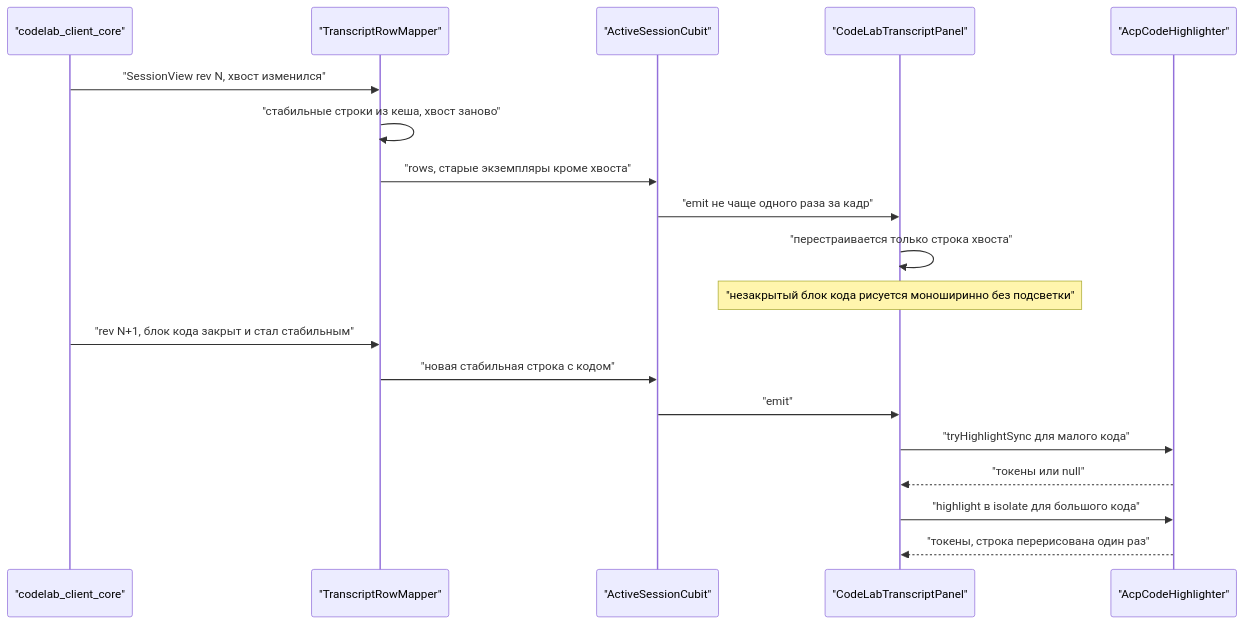
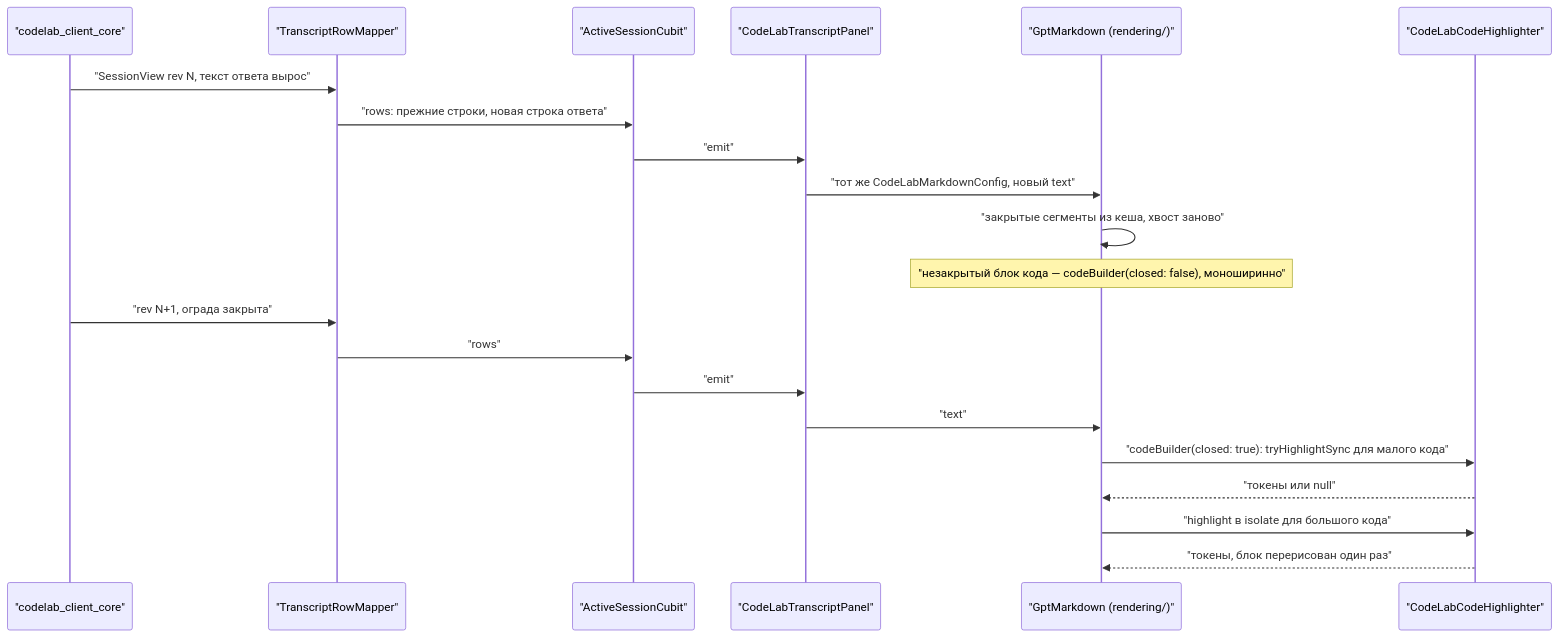
One commit to pese-git/codelab-app changed the second of 3 diagrams in docs/architecture/proposals/dart-agent-and-clients/12-3-desktop-display.md. Above: the diagram before and after it, drawn with Mermaid. The commit also changed other lines of this file and 5 other files, not shown here.

Commit message:
docs: add-desktop-markdown итерация 0 — §12.1 и §12.3 под gpt_markdown, VIEW-12 по клику, technology-stack

````diff
--- a/docs/architecture/proposals/dart-agent-and-clients/12-3-desktop-display.md
+++ b/docs/architecture/proposals/dart-agent-and-clients/12-3-desktop-display.md
@@ -304,21 +316,23 @@
 ```mermaid
 sequenceDiagram
     participant K as "codelab_client_core"
     participant M as "TranscriptRowMapper"
     participant C as "ActiveSessionCubit"
     participant L as "CodeLabTranscriptPanel"
-    participant H as "AcpCodeHighlighter"
-    K->>M: "SessionView rev N, хвост изменился"
-    M->>M: "стабильные строки из кеша, хвост заново"
-    M->>C: "rows, старые экземпляры кроме хвоста"
-    C->>L: "emit не чаще одного раза за кадр"
-    L->>L: "перестраивается только строка хвоста"
-    Note over L: "незакрытый блок кода рисуется моноширинно без подсветки"
-    K->>M: "rev N+1, блок кода закрыт и стал стабильным"
-    M->>C: "новая стабильная строка с кодом"
+    participant G as "GptMarkdown (rendering/)"
+    participant H as "CodeLabCodeHighlighter"
+    K->>M: "SessionView rev N, текст ответа вырос"
+    M->>C: "rows: прежние строки, новая строка ответа"
     C->>L: "emit"
-    L->>H: "tryHighlightSync для малого кода"
-    H-->>L: "токены или null"
-    L->>H: "highlight в isolate для большого кода"
-    H-->>L: "токены, строка перерисована один раз"
+    L->>G: "тот же CodeLabMarkdownConfig, новый text"
+    G->>G: "закрытые сегменты из кеша, хвост заново"
+    Note over G: "незакрытый блок кода — codeBuilder(closed: false), моноширинно"
+    K->>M: "rev N+1, ограда закрыта"
+    M->>C: "rows"
+    C->>L: "emit"
+    L->>G: "text"
+    G->>H: "codeBuilder(closed: true): tryHighlightSync для малого кода"
+    H-->>G: "токены или null"
+    G->>H: "highlight в isolate для большого кода"
+    H-->>G: "токены, блок перерисован один раз"
 ```
````
